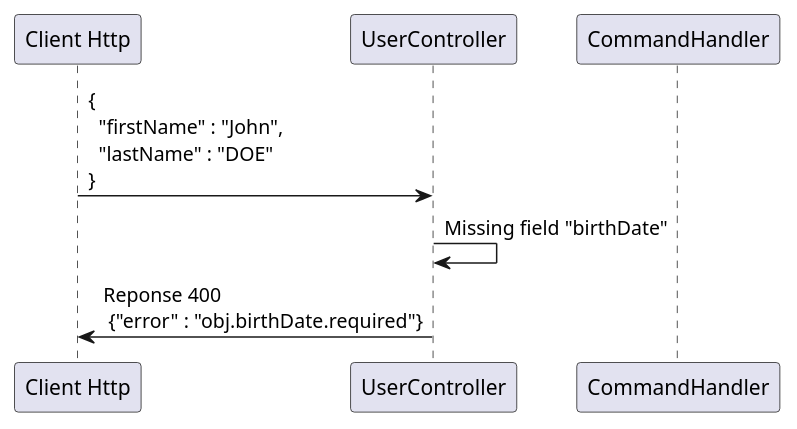
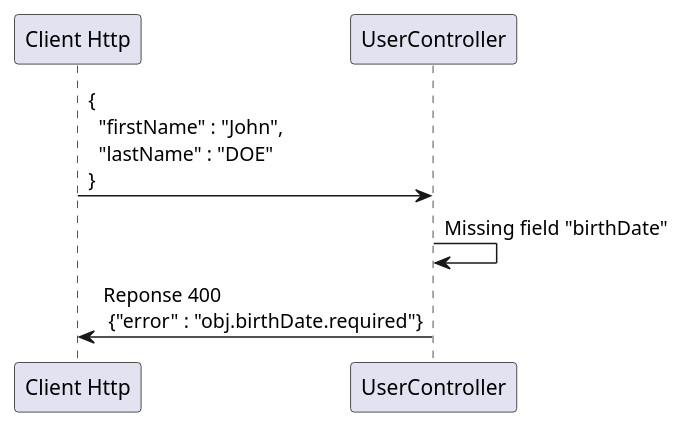
Before and after one commit to CQRSESCQFD/slides: the diagram in 1-from-http-to-command-missing-field.puml, drawn with PlantUML. The commit also changed 1 other file, not shown here.

```diff
--- a/1-from-http-to-command-missing-field.puml
+++ b/1-from-http-to-command-missing-field.puml
@@ -1,12 +1,11 @@
 @startuml
 
 participant "Client Http"
 participant UserController
-participant CommandHandler
 
 "Client Http"-> UserController : {\n  "firstName" : "John", \n  "lastName" : "DOE" \n}
 
 UserController->UserController : Missing field "birthDate"
 UserController -> "Client Http" : Reponse 400  \n {"error" : "obj.birthDate.required"}
 
 @enduml
```
